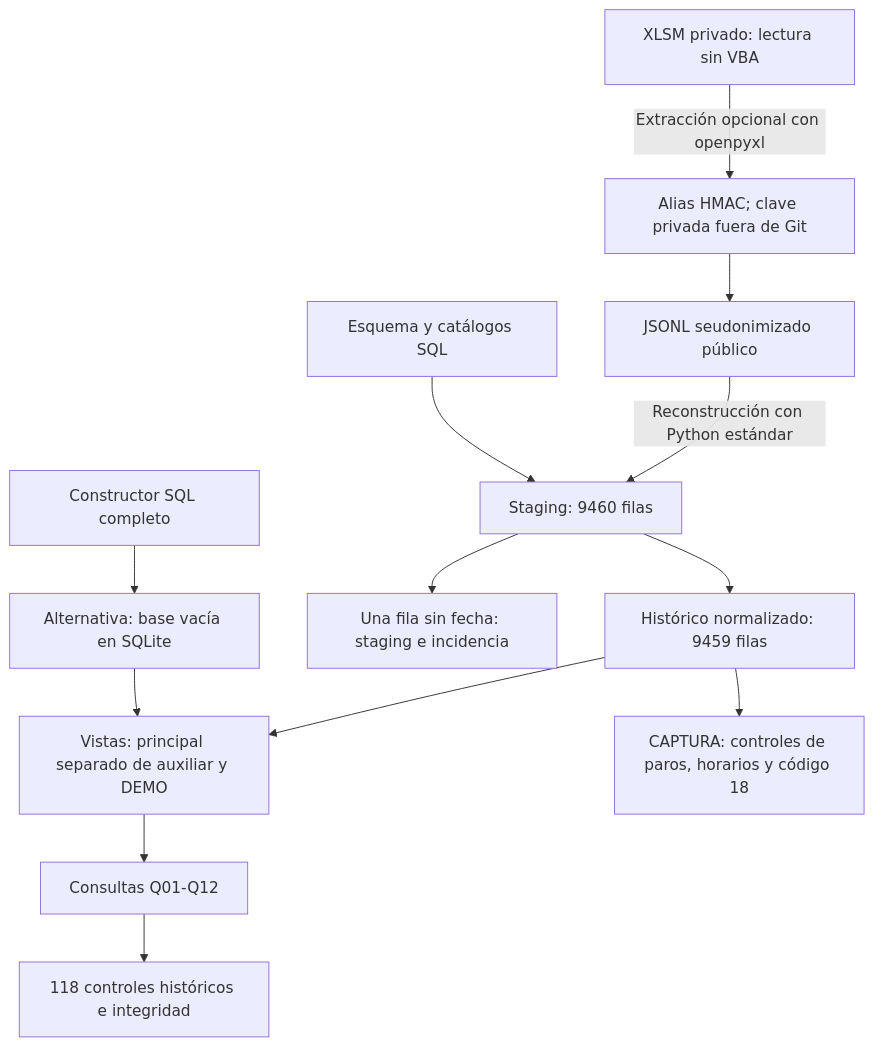
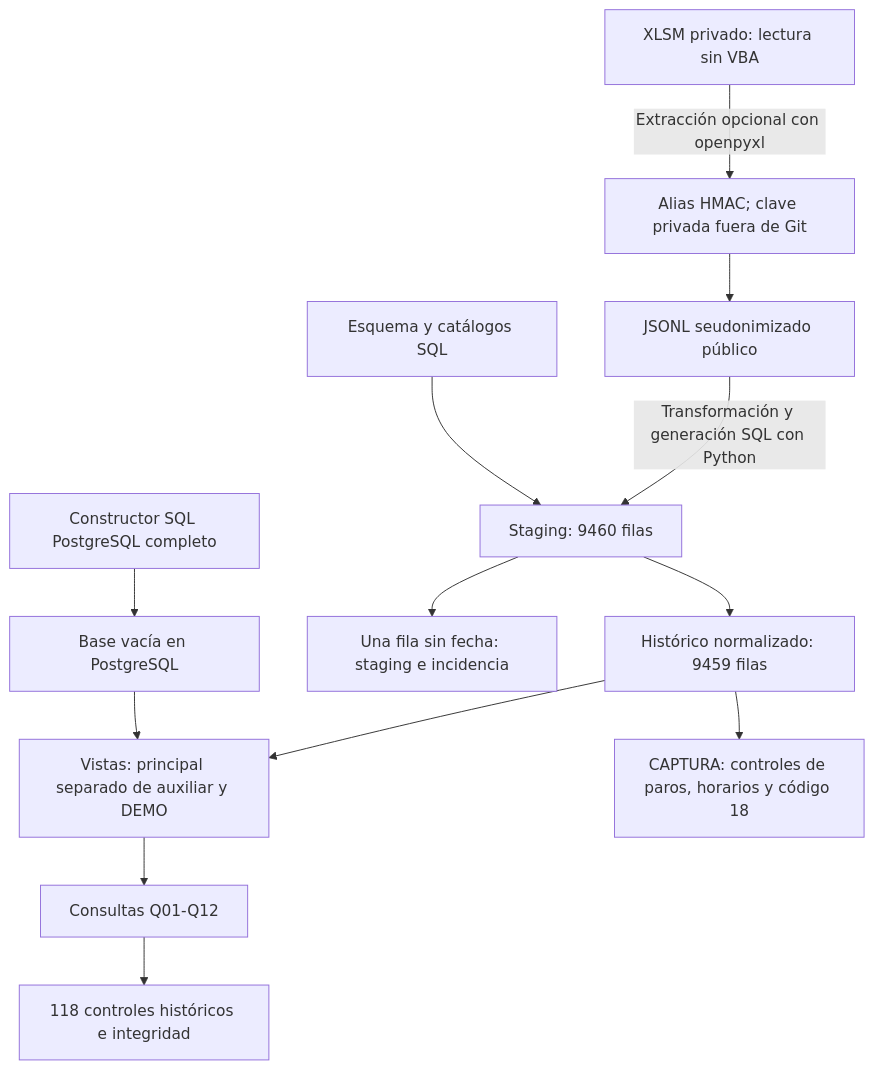
Before and after one commit to dan1elcg1raldo000/BDI-Proyecto-Final-Daniel-Felipe-Chica-Giraldo-Erick-Noel-Delgado-Serna: the second of 2 diagrams in docs/FLUJOS.md, drawn with Mermaid. The commit also changed other lines of this file and 41 other files, not shown here.

Commit message:
Adapta entrega a PostgreSQL exigido en Classroom y valida datos y consultas

````diff
--- a/docs/FLUJOS.md
+++ b/docs/FLUJOS.md
@@ -20,15 +20,15 @@
 ```mermaid
 flowchart TD
  X[XLSM privado: lectura sin VBA] -->|Extracción opcional con openpyxl| P[Alias HMAC; clave privada fuera de Git]
  P --> J[JSONL seudonimizado público]
- J -->|Reconstrucción con Python estándar| S[Staging: 9460 filas]
+ J -->|Transformación y generación SQL con Python| S[Staging: 9460 filas]
  C[Esquema y catálogos SQL] --> S
  S --> N[Histórico normalizado: 9459 filas]
  S --> I[Una fila sin fecha: staging e incidencia]
  N --> V[Vistas: principal separado de auxiliar y DEMO]
  V --> Q[Consultas Q01-Q12]
  Q --> A[118 controles históricos e integridad]
  N --> R[CAPTURA: controles de paros, horarios y código 18]
- SQL[Constructor SQL completo] --> O[Alternativa: base vacía en SQLite]
+ SQL[Constructor SQL PostgreSQL completo] --> O[Base vacía en PostgreSQL]
  O --> V
 ```
````
